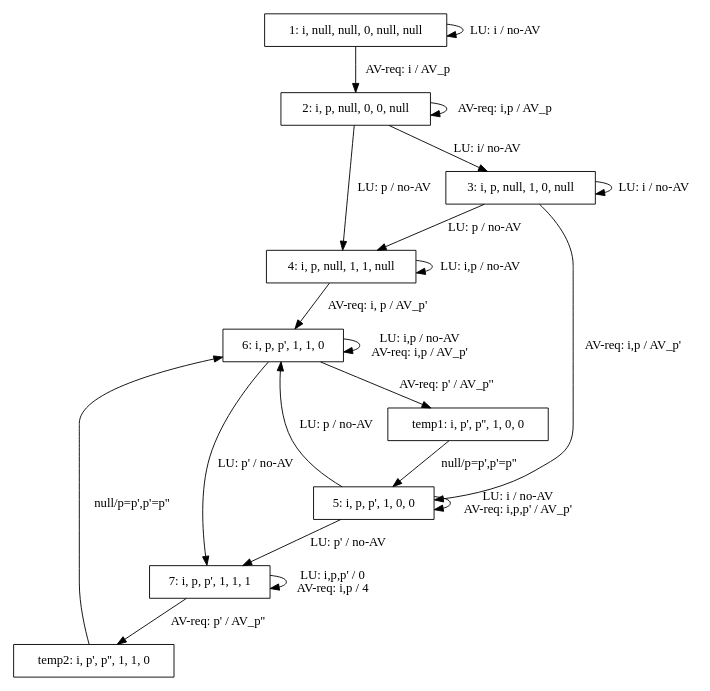
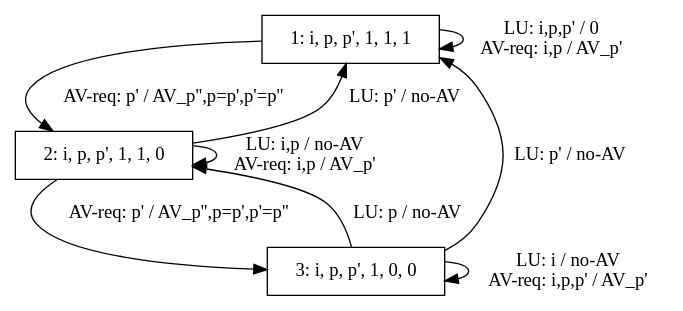
The diagram in NDSS/drawing/HN_diagram.gv (mdmohsinalikhan/5G), drawn with Graphviz before and after one commit. The commit also changed 14 other files, not shown here.

```diff
--- a/NDSS/drawing/HN_diagram.gv
+++ b/NDSS/drawing/HN_diagram.gv
@@ -1,65 +1,48 @@
 digraph HN_states {
 size = "9,7"
-1 [shape = rectangle, label = "1: i, null, null, 0, null, null"]
-2 [shape = rectangle, label = "2: i, p, null, 0, 0, null"]
-3 [shape = rectangle, label = "3: i, p, null, 1, 0, null"]
-4 [shape = rectangle, label = "4: i, p, null, 1, 1, null"]
-5 [shape = rectangle, label = "5: i, p, p', 1, 0, 0"]
-temp1 [shape = rectangle, label = "temp1: i, p', p'', 1, 0, 0"]
-6 [shape = rectangle, label = "6: i, p, p', 1, 1, 0"]
-temp2 [shape = rectangle, label = "temp2: i, p', p'', 1, 1, 0"]
-7 [shape = rectangle, label = "7: i, p, p', 1, 1, 1"]
 
-1 -> 2 [label = " AV-req: i / AV_p"]
-1 -> 1 [label = " LU: i / no-AV"]
+1 [shape = rectangle, label = "1: i, p, p', 1, 1, 1"]
+2[shape = rectangle, label = "2: i, p, p', 1, 1, 0"]
+3 [shape = rectangle, label = "3: i, p, p', 1, 0, 0"]
+/*temp1 [shape = rectangle, label = "temp1: i, p', p'', 1, 0, 0"]
+  temp0 [shape = rectangle, label = "temp0: i, p', p'', 1, 1, 0"] */
 
 
-2 -> 3 [label = " LU: i/ no-AV"]
-2 -> 4 [label = " LU: p / no-AV"]
-2 -> 2 [label = " AV-req: i,p / AV_p"]
 
-3 -> 3 [label = " LU: i / no-AV"]
-3 -> 4 [label = " LU: p / no-AV"]
-3 -> 5 [label = " AV-req: i,p / AV_p'"]
-
-4 -> 4 [label = " LU: i,p / no-AV"]
-4 -> 6 [label = " AV-req: i, p / AV_p'"]
+3 -> 3 [label = " LU: i / no-AV \n AV-req: i,p,p' / AV_p'"]
+3 -> 2 [label = " LU: p / no-AV"]
+3 -> 1 [label = " LU: p' / no-AV"]
 
 
-5 -> 5 [label = " LU: i / no-AV \n AV-req: i,p,p' / AV_p'"]
-5 -> 6 [label = " LU: p / no-AV"]
-5 -> 7 [label = " LU: p' / no-AV"]
+2 -> 2 [label = " LU: i,p / no-AV \n AV-req: i,p / AV_p'"]
+2 -> 1 [label = " LU: p' / no-AV"]
+2 -> 3 [label = " AV-req: p' / AV_p'',p=p',p'=p''"]
+/* temp1 -> 3 [label = " null/p=p',p'=p''"] */
 
 
-6 -> 6 [label = " LU: i,p / no-AV \n AV-req: i,p / AV_p'"]
-6 -> 7 [label = " LU: p' / no-AV"]
-6 -> temp1 [label = " AV-req: p' / AV_p''"]
-temp1 -> 5 [label = " null/p=p',p'=p''"]
-
-
-7 -> 7 [label = " LU: i,p,p' / 0 \n AV-req: i,p / 4"]
-7 -> temp2 [label = " AV-req: p' / AV_p''"]
-temp2 -> 6 [label = " null/p=p',p'=p''"]
+1 -> 1 [label = " LU: i,p,p' / 0 \n AV-req: i,p / AV_p'"]
+1 -> 2 [label = " AV-req: p' / AV_p'',p=p',p'=p''"]
+/* temp0 -> 2 [label = " null/p=p',p'=p''"] */
 
 
 
 }
 
 /*
 
 action codes:
 0: do nothing
 1* : do not generate a new pseudonym, embed existing p in and AV and send to the respective SN
 1: generate a new pseudonym p_new, set p = p_new. embed p_new in an AV and send to the respective SN
 2: generate a new pseudonym p_new, set p' = p_new, embed p_new in an AV and send to the respective SN
 3: Do not generate any new pseudonym. embed the existing p' in an AV and send to the respective SN
 4: gnerate a new pseudonym p_new. Set p = p' and P' = p_new. embed p_new in an AV and send to the respective SN
 
 a -> b -> c;
 b -> d; 
 a [shape=polygon,sides=5,peripheries=3,color=lightblue,style=filled];
 c [shape=polygon,sides=4,skew=.4,label="hello world"]
 d [shape=invtriangle];
 e [shape=polygon,sides=4,distortion=.7];
 
 */
```
